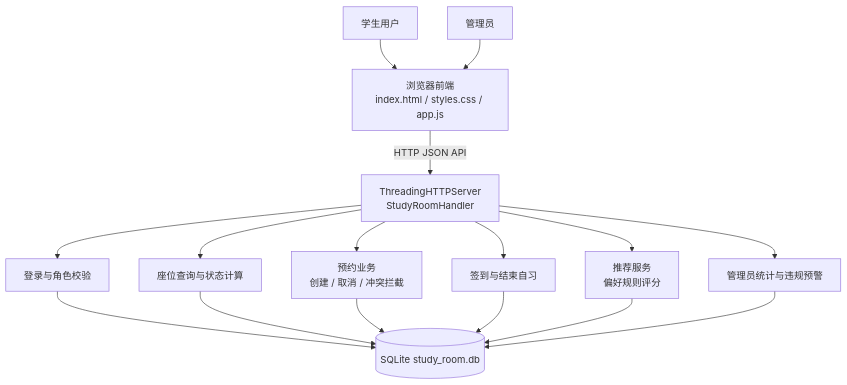
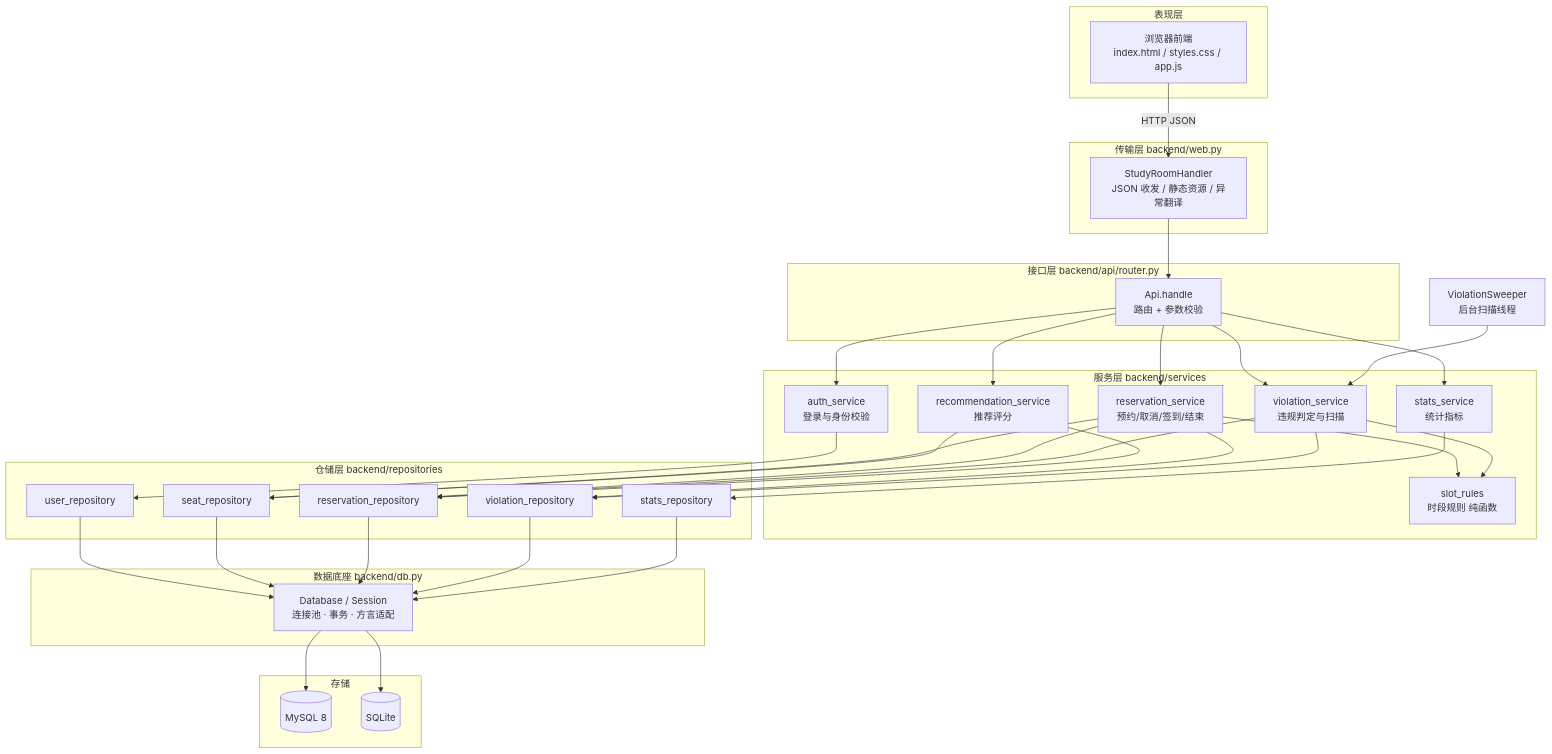
The first of 7 diagrams in docs/系统设计/当前代码设计图稿.md (Type81-1/campus-ai-study-room), drawn with Mermaid before and after one commit. The commit also changed other lines of this file and 4 other files, not shown here.

First line of the commit message:
文档：更新 README 与设计图稿以对齐分层实现

````diff
--- a/docs/系统设计/当前代码设计图稿.md
+++ b/docs/系统设计/当前代码设计图稿.md
@@ -7,18 +9,69 @@
 ```mermaid
 flowchart TB
-    U[学生用户] --> P[浏览器前端<br/>index.html / styles.css / app.js]
-    A[管理员] --> P
-    P -->|HTTP JSON API| S[ThreadingHTTPServer<br/>StudyRoomHandler]
-    S --> AUTH[登录与角色校验]
-    S --> SEAT[座位查询与状态计算]
-    S --> RES[预约业务<br/>创建 / 取消 / 冲突拦截]
-    S --> CHECK[签到与结束自习]
-    S --> REC[推荐服务<br/>偏好规则评分]
-    S --> STAT[管理员统计与违规预警]
-    AUTH --> DB[(SQLite study_room.db)]
-    SEAT --> DB
-    RES --> DB
-    CHECK --> DB
-    REC --> DB
-    STAT --> DB
+    subgraph Client[表现层]
+        P[浏览器前端<br/>index.html / styles.css / app.js]
+    end
+
+    subgraph Transport[传输层 backend/web.py]
+        H[StudyRoomHandler<br/>JSON 收发 / 静态资源 / 异常翻译]
+    end
+
+    subgraph API[接口层 backend/api/router.py]
+        R[Api.handle<br/>路由 + 参数校验]
+    end
+
+    subgraph Service[服务层 backend/services]
+        AU[auth_service<br/>登录与身份校验]
+        RS[reservation_service<br/>预约/取消/签到/结束]
+        VC[violation_service<br/>违规判定与扫描]
+        RC[recommendation_service<br/>推荐评分]
+        ST[stats_service<br/>统计指标]
+        SR[slot_rules<br/>时段规则 纯函数]
+    end
+
+    subgraph Repo[仓储层 backend/repositories]
+        UR[user_repository]
+        SE[seat_repository]
+        RR[reservation_repository]
+        VR[violation_repository]
+        TR[stats_repository]
+    end
+
+    subgraph Infra[数据底座 backend/db.py]
+        DB[Database / Session<br/>连接池 · 事务 · 方言适配]
+    end
+
+    subgraph Store[存储]
+        MY[(MySQL 8)]
+        SQ[(SQLite)]
+    end
+
+    SW[ViolationSweeper<br/>后台扫描线程]
+
+    P -->|HTTP JSON| H
+    H --> R
+    R --> AU
+    R --> RS
+    R --> VC
+    R --> RC
+    R --> ST
+    RS --> SR
+    VC --> SR
+    RS --> SE
+    RS --> RR
+    RS --> VR
+    AU --> UR
+    VC --> RR
+    VC --> VR
+    RC --> SE
+    RC --> RR
+    ST --> TR
+    UR --> DB
+    SE --> DB
+    RR --> DB
+    VR --> DB
+    TR --> DB
+    DB --> MY
+    DB --> SQ
+    SW --> VC
 ```
````
